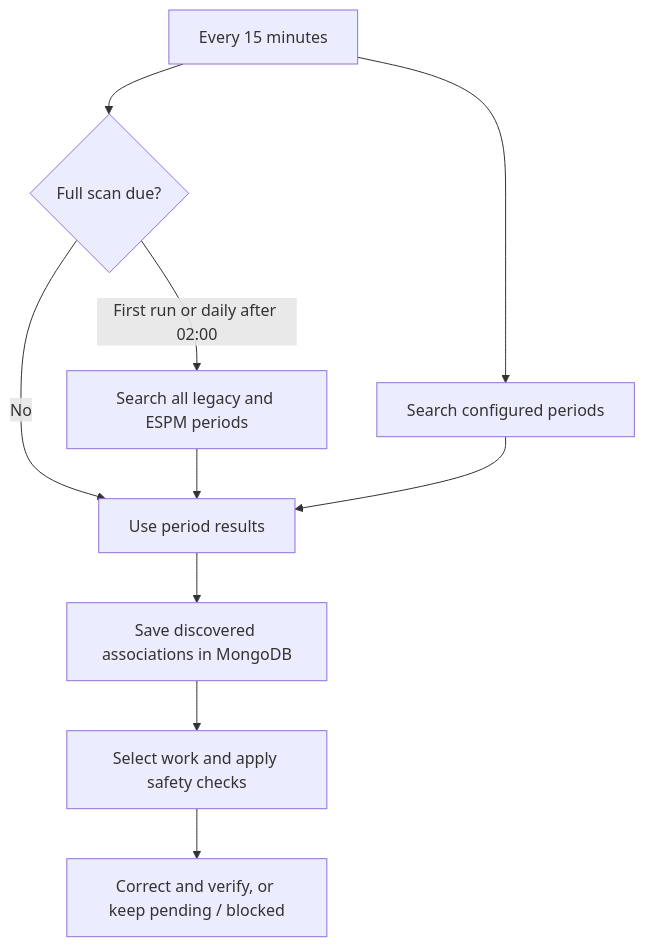
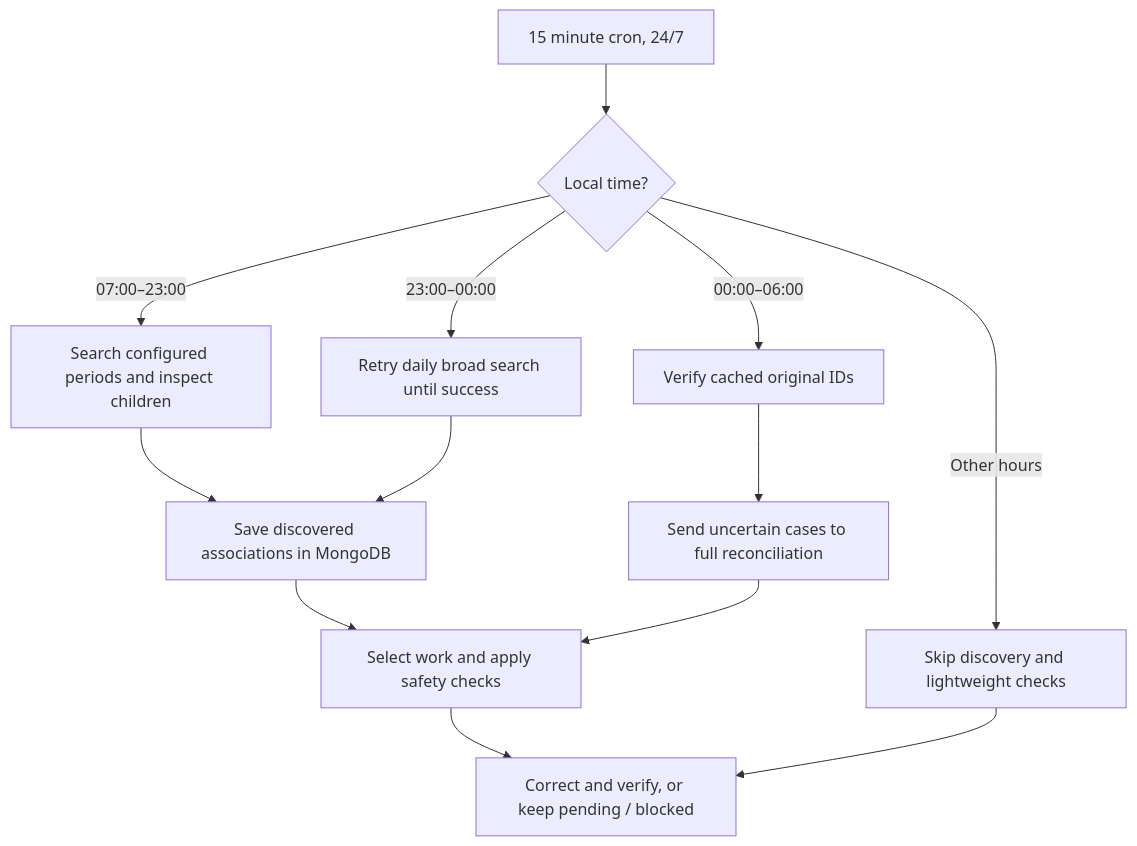
The second of 3 diagrams in BEGINNERS_GUIDE.md (lmssandbox-dev/section-association-fix), drawn with Mermaid before and after one commit. The commit also changed other lines of this file and 15 other files, not shown here.

````diff
--- a/BEGINNERS_GUIDE.md
+++ b/BEGINNERS_GUIDE.md
@@ -49,12 +69,15 @@
 ```mermaid
 flowchart TD
-  A[Every 15 minutes] --> B[Search configured periods]
-  A --> C{Full scan due?}
-  C -- First run or daily after 02:00 --> D[Search all legacy and ESPM periods]
-  C -- No --> E[Use period results]
-  D --> E
-  B --> E
-  E --> F[Save discovered associations in MongoDB]
-  F --> G[Select work and apply safety checks]
-  G --> H[Correct and verify, or keep pending / blocked]
+  A[15 minute cron, 24/7] --> B{Local time?}
+  B -- 07:00–23:00 --> C[Search configured periods and inspect children]
+  B -- 23:00–00:00 --> D[Retry daily broad search until success]
+  B -- 00:00–06:00 --> E[Verify cached original IDs]
+  B -- Other hours --> F[Skip discovery and lightweight checks]
+  C --> G[Save discovered associations in MongoDB]
+  D --> G
+  E --> H[Send uncertain cases to full reconciliation]
+  G --> I[Select work and apply safety checks]
+  H --> I
+  I --> J[Correct and verify, or keep pending / blocked]
+  F --> J
 ```
````
